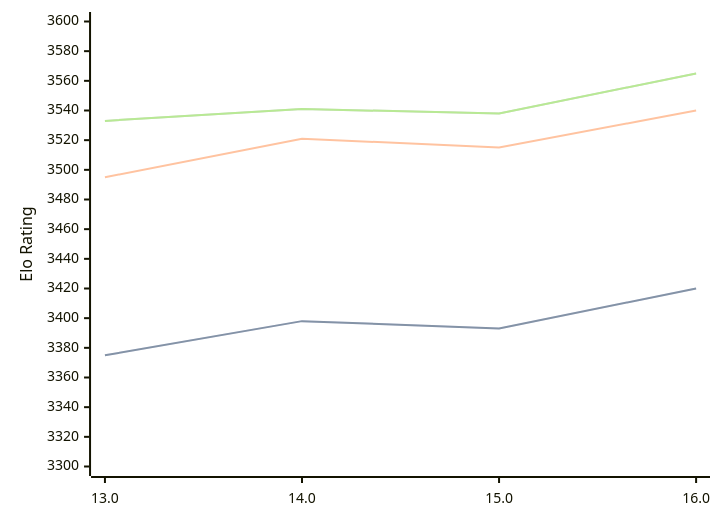
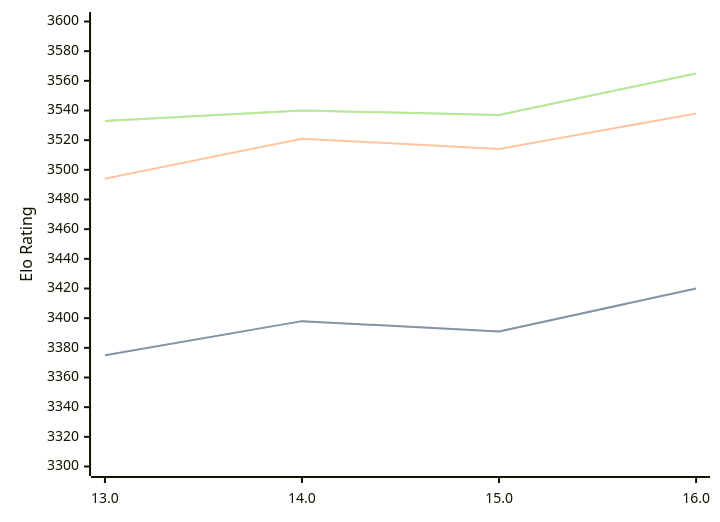
Before and after one commit to computer-chess-index/cci: the diagram in engines/Obsidian.md, drawn with Mermaid. The commit also changed other lines of this file, not shown here.

Commit message:
Update CCI Ratings (ELO VLTC) - 2026-06-10

````diff
--- a/engines/Obsidian.md
+++ b/engines/Obsidian.md
@@ -43,11 +43,11 @@
 ```mermaid
 %%{init: {"theme":"base","themeVariables":{"seriesColors:['#a3a3a3','#222221','#faa371']}}}%%
 xychart-beta
   x-axis ["13.0", "14.0", "15.0", "16.0"]
   y-axis "Elo Rating" 3300 --> 3600
-  line "STC (8.0+0.08s)" [3375, 3398, 3393, 3420]
-  line "STC (8.0+0.08s)" [3375, 3398, 3393, 3420]
-  line "LTC (60.0+0.60s)" [3495, 3521, 3515, 3540]
-  line "VLTC (2m24s+1.12s)" [3533, 3541, 3538, 3565]
-  line "VLTC (2m24s+1.12s)" [3533, 3541, 3538, 3565]
+  line "STC (8.0+0.08s)" [3375, 3398, 3391, 3420]
+  line "STC (8.0+0.08s)" [3375, 3398, 3391, 3420]
+  line "LTC (60.0+0.60s)" [3494, 3521, 3514, 3538]
+  line "VLTC (2m24s+1.12s)" [3533, 3540, 3537, 3565]
+  line "VLTC (2m24s+1.12s)" [3533, 3540, 3537, 3565]
 ```
````
